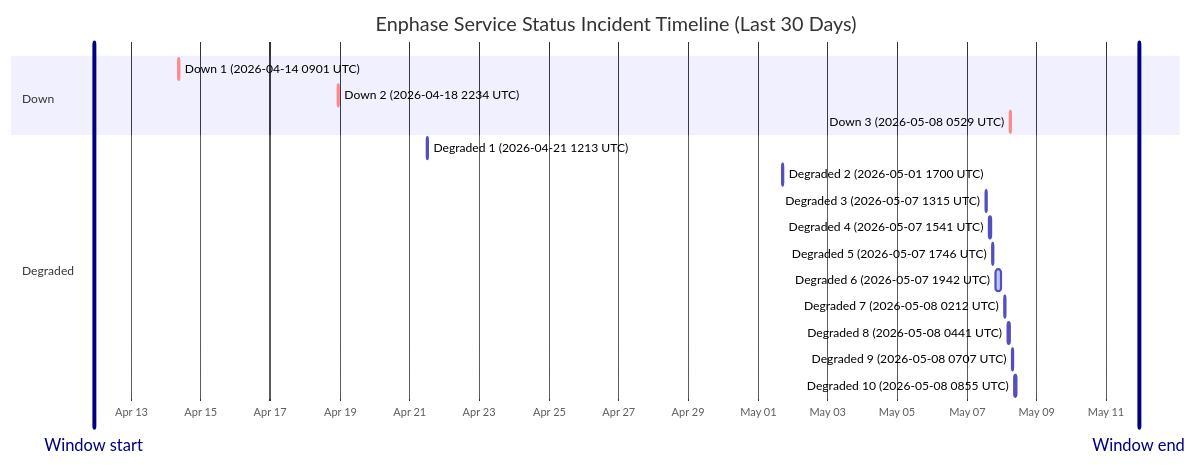
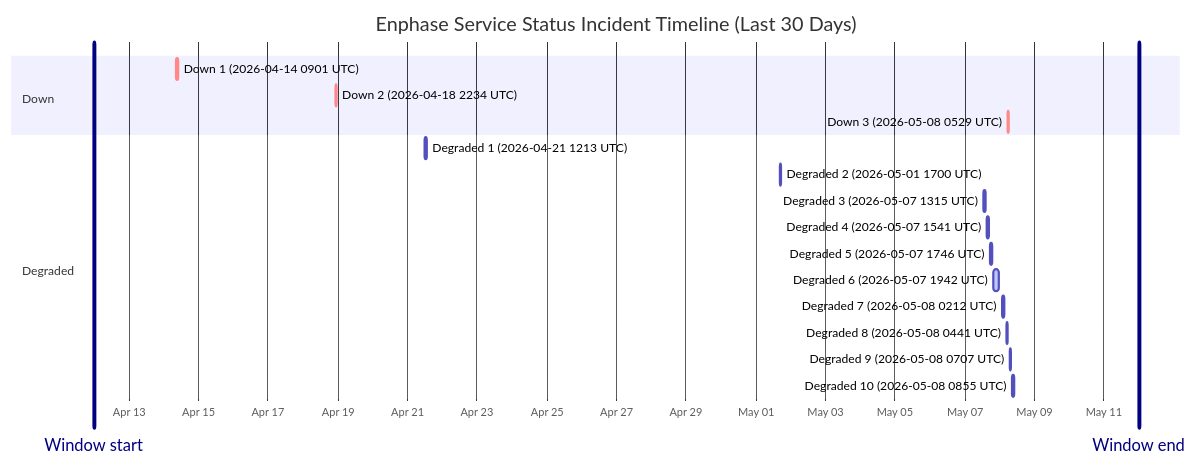
One commit to barneyonline/ha-enphase-ev-charger changed the diagram in wiki/Service-Status-History.md. Above: the diagram before and after it, drawn with Mermaid. The commit also changed other lines of this file and 3 other files, not shown here.

````diff
--- a/wiki/Service-Status-History.md
+++ b/wiki/Service-Status-History.md
@@ -14,23 +14,23 @@
 ```mermaid
 gantt
     title Enphase Service Status Incident Timeline (Last 30 Days)
     dateFormat  YYYY-MM-DDTHH:mm:ss
     axisFormat  %b %d
-    Window start :vert, window-start, 2026-04-11T22:32:20, 0ms
-    Window end :vert, window-end, 2026-05-11T22:32:20, 0ms
+    Window start :vert, window-start, 2026-04-11T23:57:04, 0ms
+    Window end :vert, window-end, 2026-05-11T23:57:04, 0ms
     section Down
     Down 1 (2026-04-14 0901 UTC) :crit, down-1, 2026-04-14T09:01:13, 60m
     Down 2 (2026-04-18 2234 UTC) :crit, down-2, 2026-04-18T22:34:13, 60m
     Down 3 (2026-05-08 0529 UTC) :crit, down-3, 2026-05-08T05:29:47, 60m
     section Degraded
     Degraded 1 (2026-04-21 1213 UTC) :active, degraded-1, 2026-04-21T12:13:11, 60m
     Degraded 2 (2026-05-01 1700 UTC) :active, degraded-2, 2026-05-01T17:00:22, 60m
     Degraded 3 (2026-05-07 1315 UTC) :active, degraded-3, 2026-05-07T13:15:25, 60m
     Degraded 4 (2026-05-07 1541 UTC) :active, degraded-4, 2026-05-07T15:41:58, 60m
     Degraded 5 (2026-05-07 1746 UTC) :active, degraded-5, 2026-05-07T17:46:51, 60m
     Degraded 6 (2026-05-07 1942 UTC) :active, degraded-6, 2026-05-07T19:42:10, 249m
     Degraded 7 (2026-05-08 0212 UTC) :active, degraded-7, 2026-05-08T02:12:39, 60m
     Degraded 8 (2026-05-08 0441 UTC) :active, degraded-8, 2026-05-08T04:41:46, 60m
     Degraded 9 (2026-05-08 0707 UTC) :active, degraded-9, 2026-05-08T07:07:30, 60m
     Degraded 10 (2026-05-08 0855 UTC) :active, degraded-10, 2026-05-08T08:55:20, 88m
 ```
````
